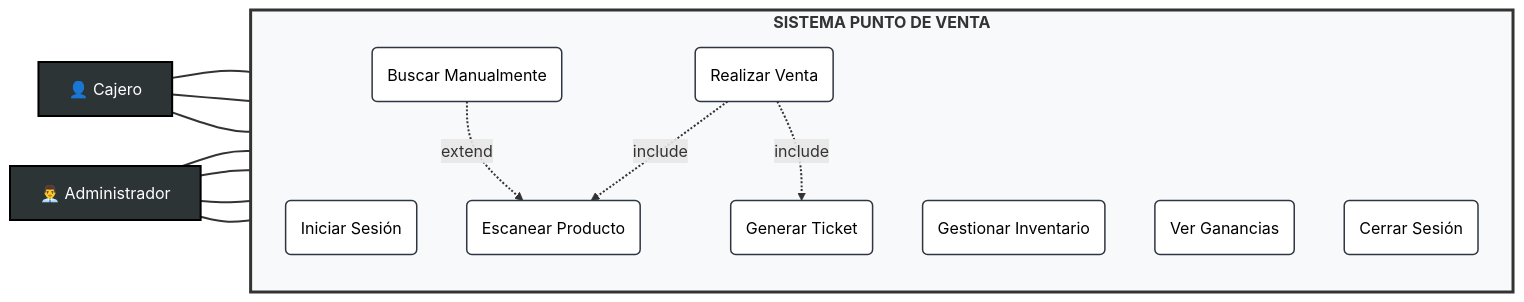
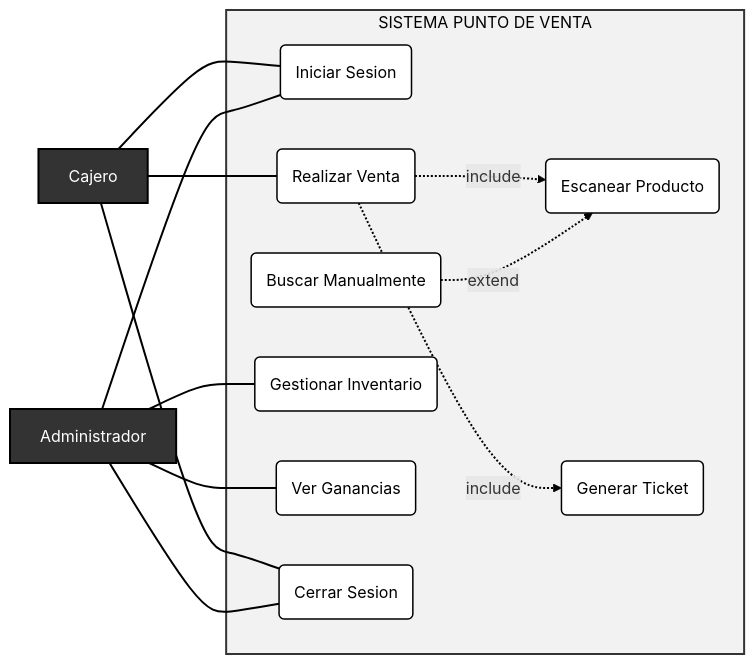
The diagram in README.md (jose23070088-oss/Documentaci-n-Proyecto), drawn with Mermaid before and after one commit.

````diff
--- a/README.md
+++ b/README.md
@@ -179,42 +179,43 @@
 ```mermaid
 graph LR
-    %% Configuración de Estilos Globales
-    classDef actorStyle fill:#2d3436,stroke:#000,color:#fff,stroke-width:2px;
-    classDef caseStyle fill:#ffffff,stroke:#2f3542,color:#000,stroke-width:1.5px;
-    classDef labelStyle background-color:#444,color:#fff,font-weight:bold;
+    %% Configuración de estilos para máxima legibilidad
+    classDef actorStyle fill:#333,stroke:#000,color:#fff,stroke-width:2px
+    classDef caseStyle fill:#fff,stroke:#000,color:#000,stroke-width:1.5px
+    classDef boxStyle fill:#eee,stroke:#333,stroke-width:2px,color:#000
 
     %% Actores
-    C[👤 Cajero]:::actorStyle
-    A[👨‍💼 Administrador]:::actorStyle
+    C[Cajero]:::actorStyle
+    A[Administrador]:::actorStyle
 
-    subgraph Sistema ["<span style='color:#000; font-size:18px; font-weight:bold;'>SISTEMA PUNTO DE VENTA</span>"]
-        direction TB
-        UC1(Iniciar Sesión):::caseStyle
+    subgraph Sistema ["SISTEMA PUNTO DE VENTA"]
+        UC1(Iniciar Sesion):::caseStyle
         UC2(Realizar Venta):::caseStyle
         UC3(Escanear Producto):::caseStyle
         UC4(Buscar Manualmente):::caseStyle
         UC5(Generar Ticket):::caseStyle
         UC6(Gestionar Inventario):::caseStyle
         UC7(Ver Ganancias):::caseStyle
-        UC8(Cerrar Sesión):::caseStyle
+        UC8(Cerrar Sesion):::caseStyle
     end
 
-    %% Conexiones con Actores (Forzamos color negro en las líneas)
+    %% Líneas de conexión (Forzamos color negro sólido)
+    linkStyle default stroke:#000,stroke-width:2px
+
     C --- UC1
     C --- UC2
     C --- UC8
 
     A --- UC1
     A --- UC6
     A --- UC7
     A --- UC8
 
-    %% Relaciones Técnicas con etiquetas legibles
+    %% Relaciones con etiquetas de texto simple
     UC2 -.->|include| UC3
     UC2 -.->|include| UC5
     UC4 -.->|extend| UC3
 
-    %% Forzar visibilidad de líneas y textos específicos
-    linkStyle default stroke:#333,stroke-width:2px;
-    style Sistema fill:#f8f9fa,stroke:#333,stroke-width:3px;
+    %% Aplicar estilo al contenedor
+    style Sistema fill:#f2f2f2,stroke:#333,stroke-width:2px,color:#000
+ 
 ```
````
